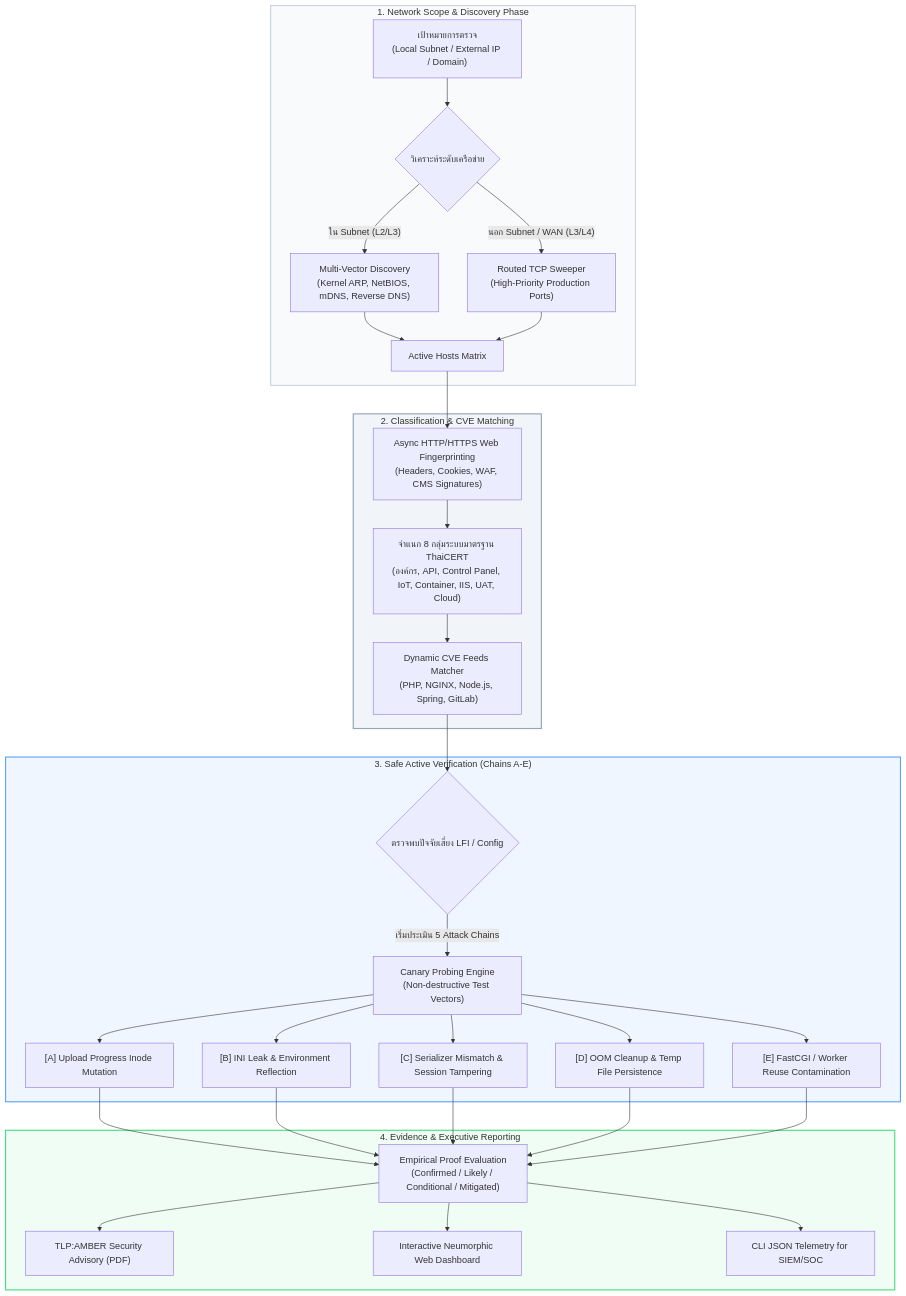
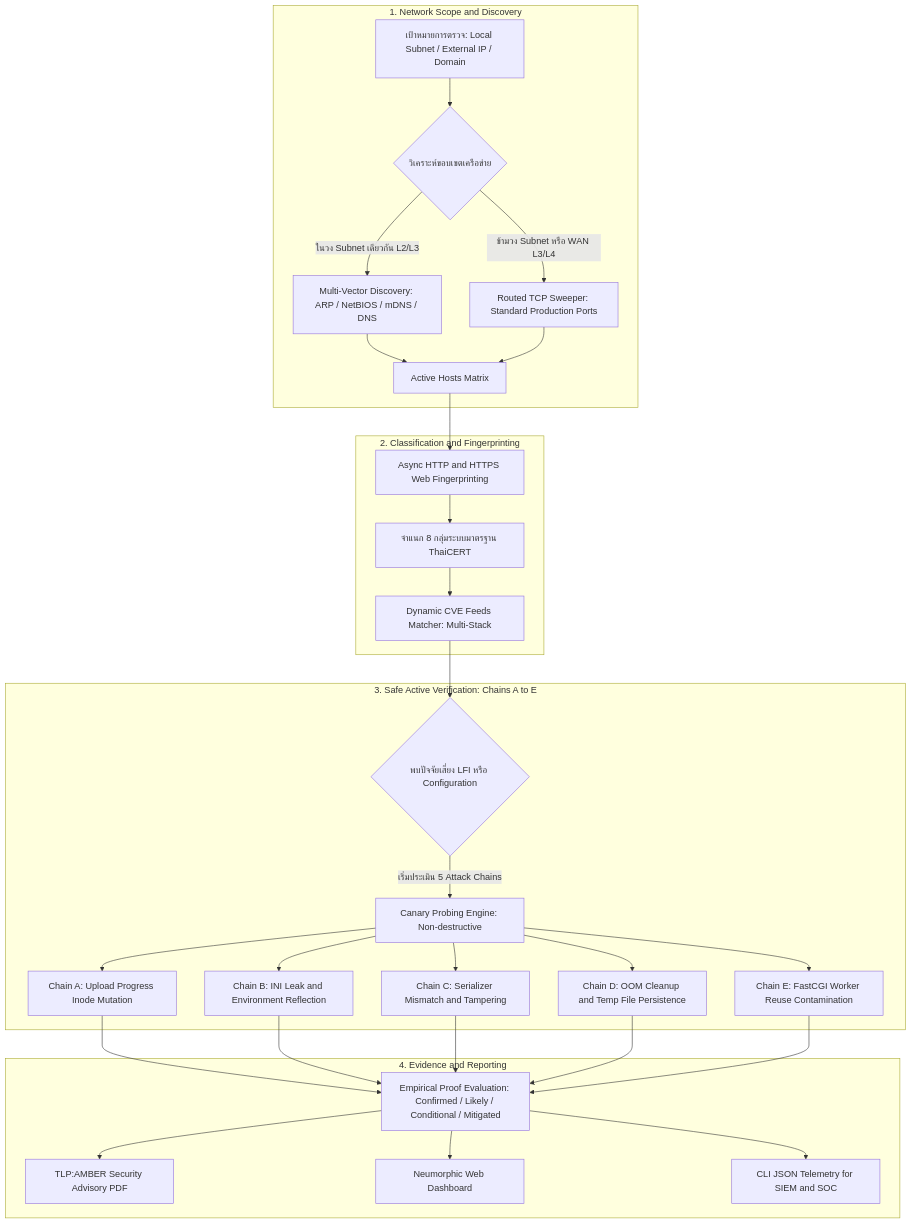
The diagram in README.md (Phattarapong26/PHP-NodeJS2Shell), drawn with Mermaid before and after one commit. The commit also changed other lines of this file, not shown here.

````diff
--- a/README.md
+++ b/README.md
@@ -23,38 +23,56 @@
 ```mermaid
 flowchart TD
-    subgraph S1["1. Network Scope & Discovery Phase"]
-        A["เป้าหมายการตรวจ<br/>(Local Subnet / External IP / Domain)"] --> B{"วิเคราะห์ระดับเครือข่าย"}
-        B -->|"ใน Subnet (L2/L3)"| C["Multi-Vector Discovery<br/>(Kernel ARP, NetBIOS, mDNS, Reverse DNS)"]
-        B -->|"นอก Subnet / WAN (L3/L4)"| D["Routed TCP Sweeper<br/>(High-Priority Production Ports)"]
-        C --> E["Active Hosts Matrix"]
+    subgraph S1 [1. Network Scope and Discovery]
+        A["เป้าหมายการตรวจ: Local Subnet / External IP / Domain"]
+        B{"วิเคราะห์ขอบเขตเครือข่าย"}
+        C["Multi-Vector Discovery: ARP / NetBIOS / mDNS / DNS"]
+        D["Routed TCP Sweeper: Standard Production Ports"]
+        E["Active Hosts Matrix"]
+        A --> B
+        B -->|ในวง Subnet เดียวกัน L2/L3| C
+        B -->|ข้ามวง Subnet หรือ WAN L3/L4| D
+        C --> E
         D --> E
     end
 
-    subgraph S2["2. Classification & CVE Matching"]
-        E --> F["Async HTTP/HTTPS Web Fingerprinting<br/>(Headers, Cookies, WAF, CMS Signatures)"]
-        F --> G["จำแนก 8 กลุ่มระบบมาตรฐาน ThaiCERT<br/>(องค์กร, API, Control Panel, IoT, Container, IIS, UAT, Cloud)"]
-        G --> H["Dynamic CVE Feeds Matcher<br/>(PHP, NGINX, Node.js, Spring, GitLab)"]
+    subgraph S2 [2. Classification and Fingerprinting]
+        F["Async HTTP and HTTPS Web Fingerprinting"]
+        G["จำแนก 8 กลุ่มระบบมาตรฐาน ThaiCERT"]
+        H["Dynamic CVE Feeds Matcher: Multi-Stack"]
+        E --> F
+        F --> G
+        G --> H
     end
 
-    subgraph S3["3. Safe Active Verification (Chains A-E)"]
-        H --> I{"ตรวจพบปัจจัยเสี่ยง LFI / Config"}
-        I -->|"เริ่มประเมิน 5 Attack Chains"| J["Canary Probing Engine<br/>(Non-destructive Test Vectors)"]
-        J --> K1["[A] Upload Progress Inode Mutation"]
-        J --> K2["[B] INI Leak & Environment Reflection"]
-        J --> K3["[C] Serializer Mismatch & Session Tampering"]
-        J --> K4["[D] OOM Cleanup & Temp File Persistence"]
-        J --> K5["[E] FastCGI / Worker Reuse Contamination"]
+    subgraph S3 [3. Safe Active Verification: Chains A to E]
+        I{"พบปัจจัยเสี่ยง LFI หรือ Configuration"}
+        J["Canary Probing Engine: Non-destructive"]
+        K1["Chain A: Upload Progress Inode Mutation"]
+        K2["Chain B: INI Leak and Environment Reflection"]
+        K3["Chain C: Serializer Mismatch and Tampering"]
+        K4["Chain D: OOM Cleanup and Temp File Persistence"]
+        K5["Chain E: FastCGI Worker Reuse Contamination"]
+        H --> I
+        I -->|เริ่มประเมิน 5 Attack Chains| J
+        J --> K1
+        J --> K2
+        J --> K3
+        J --> K4
+        J --> K5
     end
 
-    subgraph S4["4. Evidence & Executive Reporting"]
-        K1 & K2 & K3 & K4 & K5 --> L["Empirical Proof Evaluation<br/>(Confirmed / Likely / Conditional / Mitigated)"]
-        L --> M["TLP:AMBER Security Advisory (PDF)"]
-        L --> N["Interactive Neumorphic Web Dashboard"]
-        L --> O["CLI JSON Telemetry for SIEM/SOC"]
+    subgraph S4 [4. Evidence and Reporting]
+        L["Empirical Proof Evaluation: Confirmed / Likely / Conditional / Mitigated"]
+        M["TLP:AMBER Security Advisory PDF"]
+        N["Neumorphic Web Dashboard"]
+        O["CLI JSON Telemetry for SIEM and SOC"]
+        K1 --> L
+        K2 --> L
+        K3 --> L
+        K4 --> L
+        K5 --> L
+        L --> M
+        L --> N
+        L --> O
     end
-
-    style S1 fill:#f8fafc,stroke:#cbd5e1,stroke-width:2px
-    style S2 fill:#f1f5f9,stroke:#94a3b8,stroke-width:2px
-    style S3 fill:#eff6ff,stroke:#60a5fa,stroke-width:2px
-    style S4 fill:#f0fdf4,stroke:#4ade80,stroke-width:2px
 ```
````
